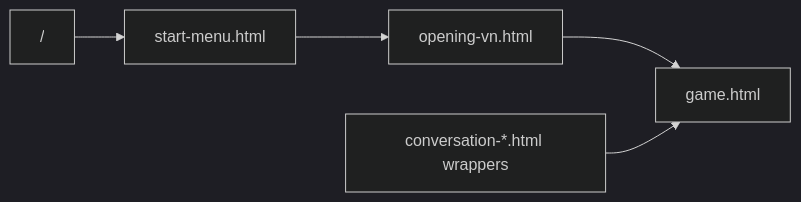
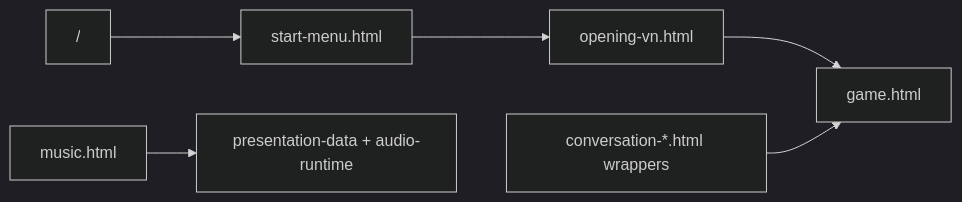
The diagram in docs/ROUTES_AND_TEST_HARNESSES.md (willtran87/project-animal-food-fight), drawn with Mermaid (dark theme) before and after one commit. The commit also changed other lines of this file and 47 other files, not shown here.

````diff
--- a/docs/ROUTES_AND_TEST_HARNESSES.md
+++ b/docs/ROUTES_AND_TEST_HARNESSES.md
@@ -14,13 +15,15 @@
 ```mermaid
 flowchart LR
   Root["/"]
   Start["start-menu.html"]
   Opening["opening-vn.html"]
   Game["game.html"]
+  Music["music.html"]
   ConversationWrappers["conversation-*.html wrappers"]
 
   Root --> Start
   Start --> Opening
   Opening --> Game
   ConversationWrappers --> Game
+  Music --> Audio["presentation-data + audio-runtime"]
 ```
````
